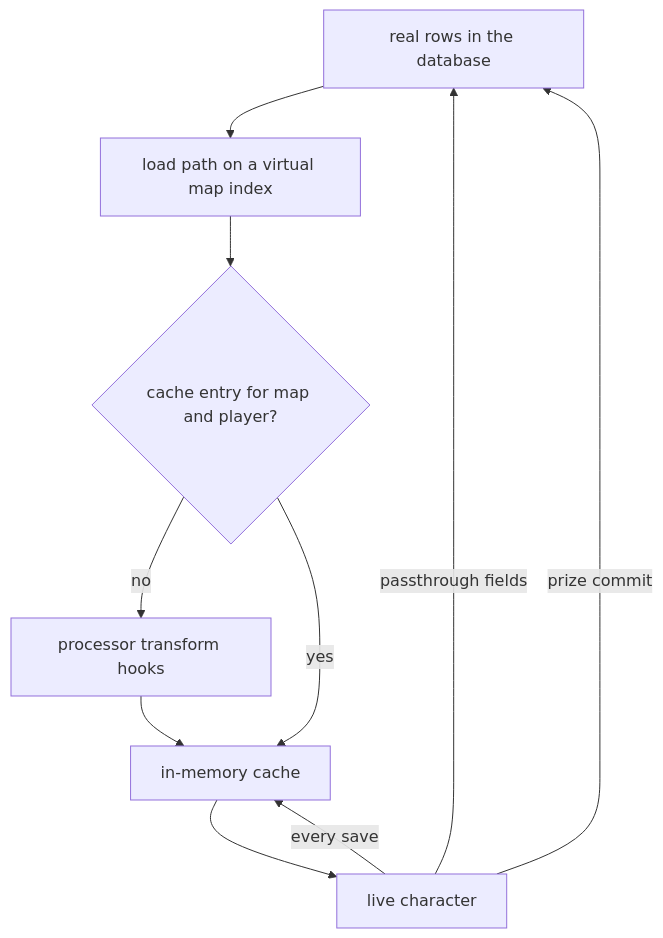
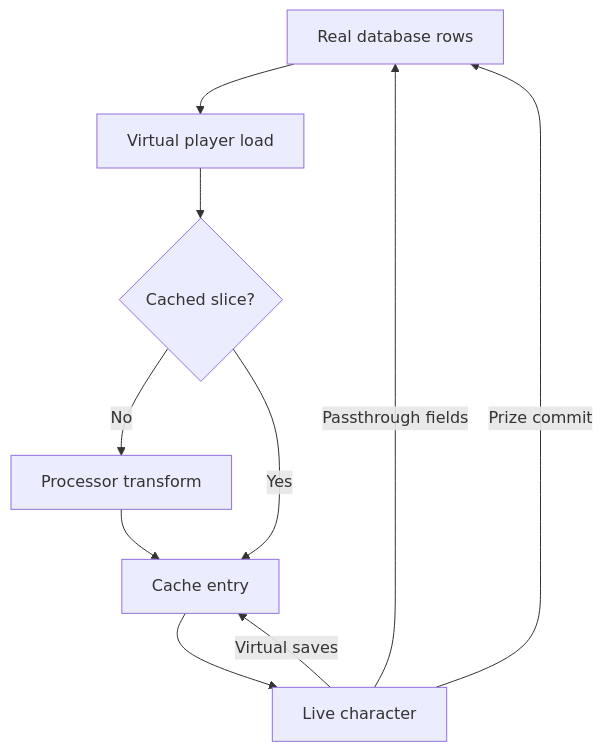
One commit to universal-core/website changed the first of 2 diagrams in foundations/player-virtualization/index.md. Above: the diagram before and after it, drawn with Mermaid. The commit also changed other lines of this file and 163 other files, not shown here.

````diff
--- a/foundations/player-virtualization/index.md
+++ b/foundations/player-virtualization/index.md
@@ -33,12 +21,12 @@
 ```mermaid
 flowchart TD
-    DB["real rows in the database"] --> LOAD["load path on a virtual map index"]
-    LOAD --> HIT{"cache entry for map and player?"}
-    HIT -- "no" --> TR["processor transform hooks"]
-    TR --> CACHE["in-memory cache"]
-    HIT -- "yes" --> CACHE
-    CACHE --> CHAR["live character"]
-    CHAR -- "every save" --> CACHE
-    CHAR -- "passthrough fields" --> DB
-    CHAR -- "prize commit" --> DB
+    DB["Real database rows"] --> LOAD["Virtual player load"]
+    LOAD --> HIT{"Cached slice?"}
+    HIT -- "No" --> TR["Processor transform"]
+    TR --> CACHE["Cache entry"]
+    HIT -- "Yes" --> CACHE
+    CACHE --> CHAR["Live character"]
+    CHAR -- "Virtual saves" --> CACHE
+    CHAR -- "Passthrough fields" --> DB
+    CHAR -- "Prize commit" --> DB
 ```
````
